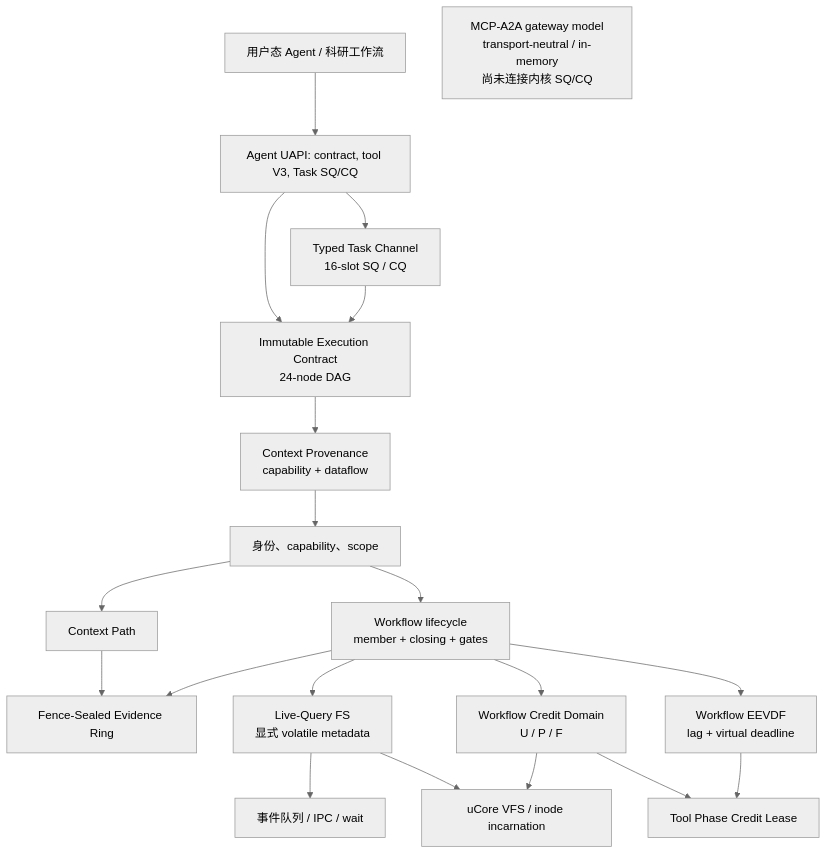
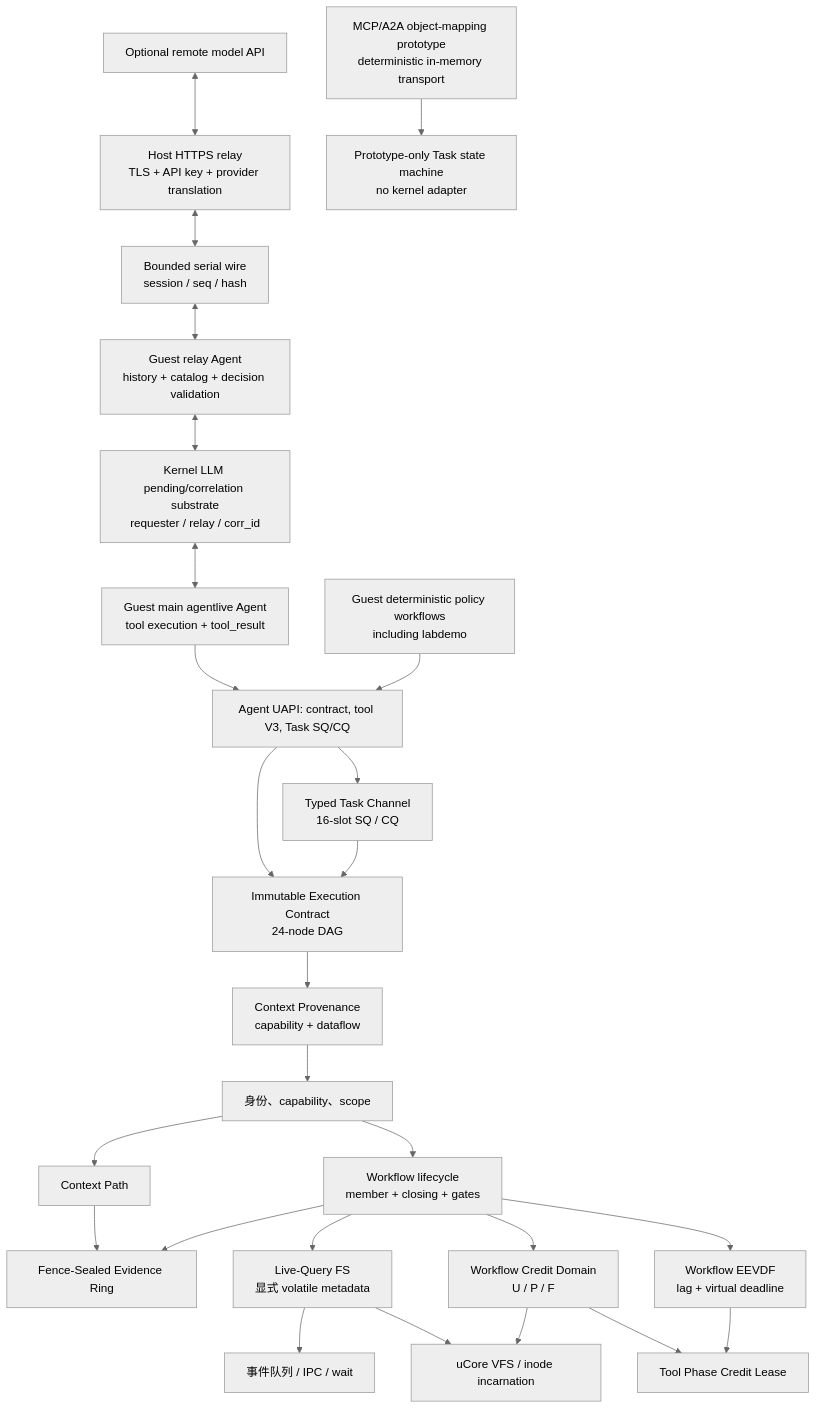
The diagram in docs/agentos/design.md (yushugulao/Agent-OS), drawn with Mermaid (neutral theme) before and after one commit. The commit also changed other lines of this file and 32 other files, not shown here.

Commit message:
feat: 加入真实 Guest Agent Loop 与模型中继

````diff
--- a/docs/agentos/design.md
+++ b/docs/agentos/design.md
@@ -22,37 +22,51 @@
 ```mermaid
 flowchart TB
-  U["用户态 Agent / 科研工作流"]
-  G["MCP-A2A gateway model\ntransport-neutral / in-memory\n尚未连接内核 SQ/CQ"]
+  U["Guest deterministic policy workflows\nincluding labdemo"]
+  AL["Guest main agentlive Agent\ntool execution + tool_result"]
+  GR["Guest relay Agent\nhistory + catalog + decision validation"]
+  LR["Kernel LLM pending/correlation substrate\nrequester / relay / corr_id"]
+  SW["Bounded serial wire\nsession / seq / hash"]
+  HR["Host HTTPS relay\nTLS + API key + provider translation"]
+  MP["MCP/A2A object-mapping prototype\ndeterministic in-memory transport"]
+  IM["Prototype-only Task state machine\nno kernel adapter"]
+  MODEL["Optional remote model API"]
   ABI["Agent UAPI: contract, tool V3, Task SQ/CQ"]
   EC["Immutable Execution Contract\n24-node DAG"]
   PV["Context Provenance\ncapability + dataflow"]
   TC["Typed Task Channel\n16-slot SQ / CQ"]
   ID["身份、capability、scope"]
   LC["Workflow lifecycle\nmember + closing + gates"]
   CTX["Context Path"]
   ER["Fence-Sealed Evidence Ring"]
   CD["Workflow Credit Domain\nU / P / F"]
   PH["Tool Phase Credit Lease"]
   WS["Workflow EEVDF\nlag + virtual deadline"]
   LQ["Live-Query FS\n显式 volatile metadata"]
   IPC["事件队列 / IPC / wait"]
   VFS["uCore VFS / inode incarnation"]
+  MODEL <--> HR
+  HR <--> SW
+  SW <--> GR
+  GR <--> LR
+  LR <--> AL
+  AL --> ABI
   U --> ABI
+  MP --> IM
   ABI --> TC
   ABI --> EC
   TC --> EC
   EC --> PV
   PV --> ID
   ID --> LC
   ID --> CTX
   CTX --> ER
   LC --> ER
   LC --> CD
   CD --> PH
   LC --> WS
   WS --> PH
   LC --> LQ
   LQ --> IPC
   LQ --> VFS
   CD --> VFS
 ```
````
